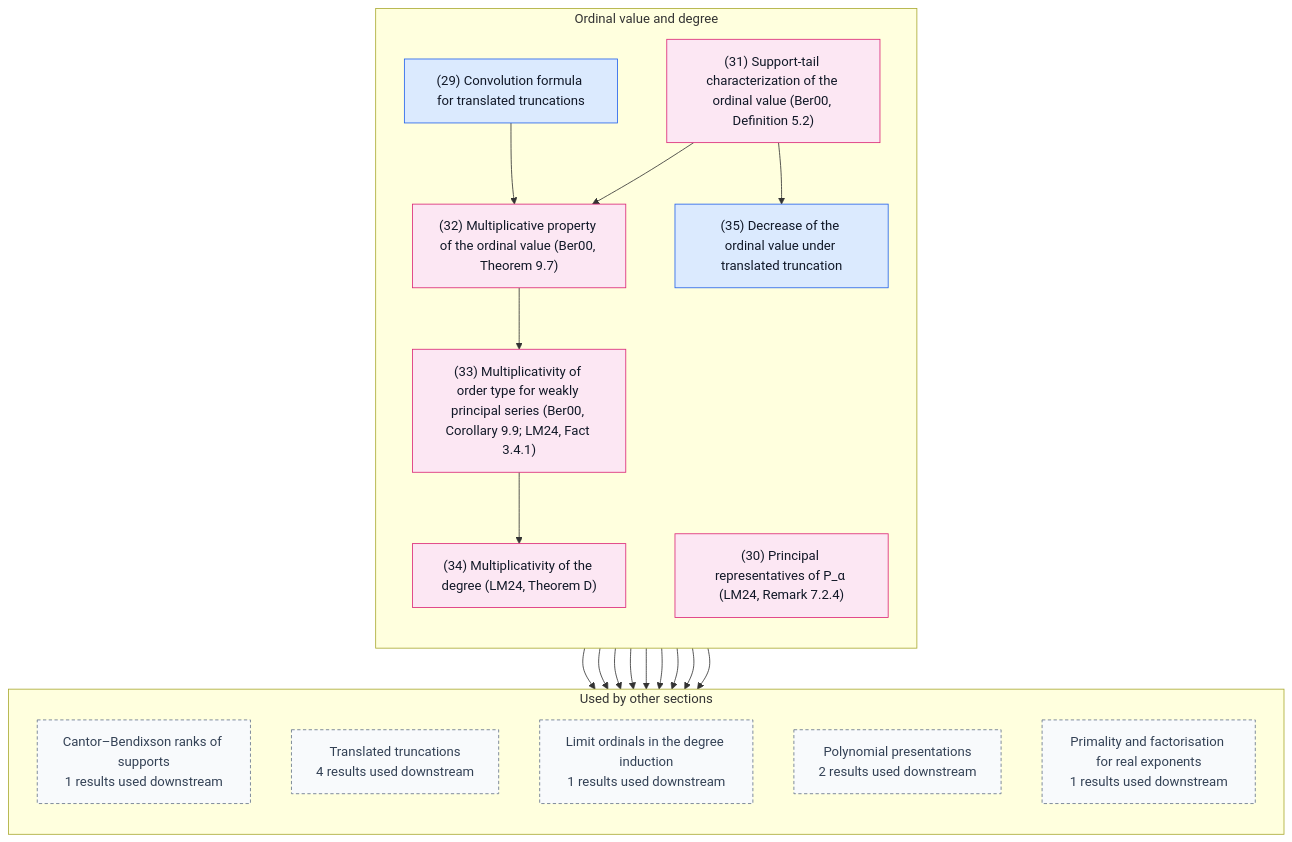
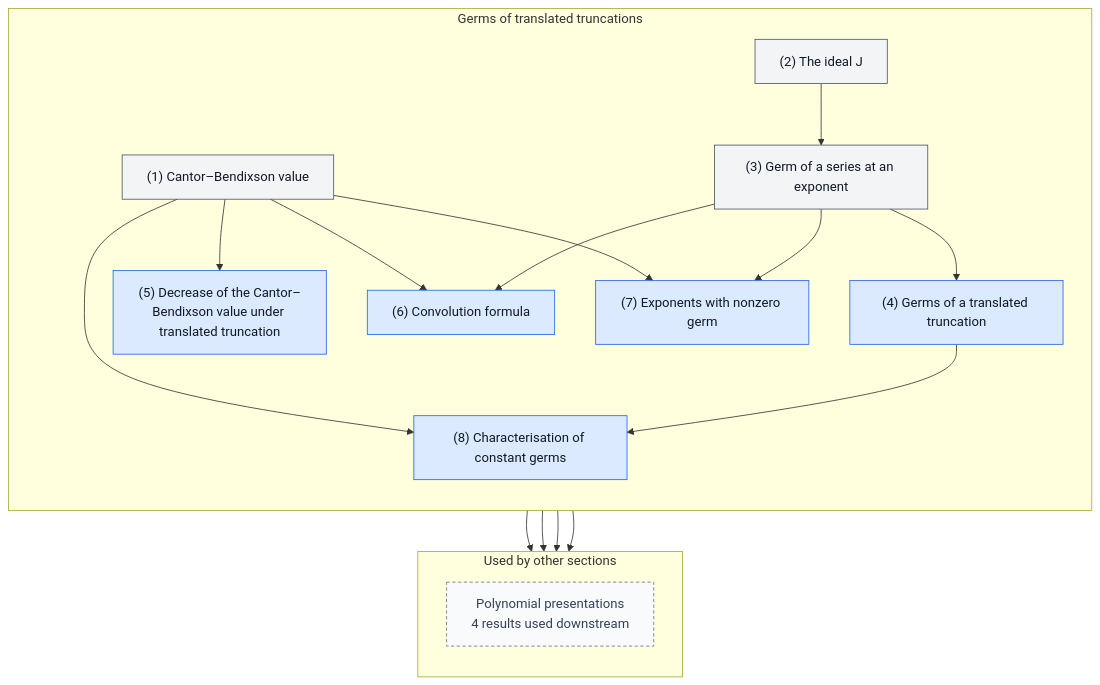
One commit to gaearon/conway-refinement changed the second of 5 diagrams in README.md. Above: the diagram before and after it, drawn with Mermaid. The commit also changed other lines of this file and 699 other files, not shown here.

````diff
--- a/README.md
+++ b/README.md
@@ -380,54 +191,51 @@
 ```mermaid
 %% Generated by scripts/blueprint.sh; do not edit.
 %% Other sections are compressed to boundary nodes.
 %% Solid arrows are proof dependencies; dashed arrows are statement dependencies.
 flowchart TB
-  subgraph current["Ordinal value and degree"]
+  subgraph current["Germs of translated truncations"]
     direction TB
-    n029["(29) Convolution formula for translated truncations"]:::lemma
-    n030["(30) Principal representatives of P_α (LM24, Remark 7.2.4)"]:::fact
-    n031["(31) Support-tail characterization of the ordinal value (Ber00, Definition 5.2)"]:::fact
-    n032["(32) Multiplicative property of the ordinal value (Ber00, Theorem 9.7)"]:::fact
-    n033["(33) Multiplicativity of order type for weakly principal series (Ber00, Corollary 9.9; LM24, Fact 3.4.1)"]:::fact
-    n034["(34) Multiplicativity of the degree (LM24, Theorem D)"]:::fact
-    n035["(35) Decrease of the ordinal value under translated truncation"]:::lemma
+    n001["(1) Cantor–Bendixson value"]:::definition
+    n002["(2) The ideal J"]:::definition
+    n003["(3) Germ of a series at an exponent"]:::definition
+    n004["(4) Germs of a translated truncation"]:::lemma
+    n005["(5) Decrease of the Cantor–Bendixson value under translated truncation"]:::lemma
+    n006["(6) Convolution formula"]:::lemma
+    n007["(7) Exponents with nonzero germ"]:::lemma
+    n008["(8) Characterisation of constant germs"]:::lemma
   end
   subgraph outputs["Used by other sections"]
     direction TB
-    out0["Cantor–Bendixson ranks of supports<br/>1 results used downstream"]:::boundary
-    out1["Translated truncations<br/>4 results used downstream"]:::boundary
-    out2["Limit ordinals in the degree induction<br/>1 results used downstream"]:::boundary
-    out3["Polynomial presentations<br/>2 results used downstream"]:::boundary
-    out4["Primality and factorisation for real exponents<br/>1 results used downstream"]:::boundary
+    out0["Polynomial presentations<br/>4 results used downstream"]:::boundary
   end
 
-  n029 --> n032
-  n031 --> n032
-  n032 --> n033
-  n033 --> n034
-  n031 --> n035
-  n031 --> out0
-  n031 --> out1
-  n035 --> out1
-  n030 --> out1
-  n029 --> out1
-  n031 --> out2
-  n030 --> out3
-  n034 --> out3
-  n032 --> out4
-  click n029 "https://gaearon.github.io/conway-refinement/#/result/convolution-formula" "Open the statement for lemma 29"
-  click n030 "https://gaearon.github.io/conway-refinement/#/result/principal-series-representatives" "Open the statement for fact 30"
-  click n031 "https://gaearon.github.io/conway-refinement/#/result/ordinal-value-support-tail" "Open the statement for fact 31"
-  click n032 "https://gaearon.github.io/conway-refinement/#/result/ordinal-value-multiplicativity" "Open the statement for fact 32"
-  click n033 "https://gaearon.github.io/conway-refinement/#/result/weakly-principal-order-type-multiplicativity" "Open the statement for fact 33"
-  click n034 "https://gaearon.github.io/conway-refinement/#/result/degree-multiplicativity" "Open the statement for fact 34"
-  click n035 "https://gaearon.github.io/conway-refinement/#/result/truncation-drop" "Open the statement for lemma 35"
+  n002 --> n003
+  n003 --> n004
+  n001 --> n005
+  n001 --> n006
+  n003 --> n006
+  n001 --> n007
+  n003 --> n007
+  n001 --> n008
+  n004 --> n008
+  n005 --> out0
+  n006 --> out0
+  n008 --> out0
+  n007 --> out0
+  click n001 "https://gaearon.github.io/conway-refinement/#/result/cantor-bendixson-value" "Open the statement for definition 1"
+  click n002 "https://gaearon.github.io/conway-refinement/#/result/bounded-away-ideal" "Open the statement for definition 2"
+  click n003 "https://gaearon.github.io/conway-refinement/#/result/germ-at" "Open the statement for definition 3"
+  click n004 "https://gaearon.github.io/conway-refinement/#/result/germs-of-translated-truncation" "Open the statement for lemma 4"
+  click n005 "https://gaearon.github.io/conway-refinement/#/result/cantor-bendixson-value-drop" "Open the statement for lemma 5"
+  click n006 "https://gaearon.github.io/conway-refinement/#/result/convolution-formula" "Open the statement for lemma 6"
+  click n007 "https://gaearon.github.io/conway-refinement/#/result/nonzero-germs" "Open the statement for lemma 7"
+  click n008 "https://gaearon.github.io/conway-refinement/#/result/constant-germs" "Open the statement for lemma 8"
 
   classDef theorem fill:#fff3bf,stroke:#e67700,stroke-width:2px,color:#111827
   classDef definition fill:#f3f4f6,stroke:#4b5563,color:#111827
   classDef lemma fill:#dbeafe,stroke:#2563eb,color:#111827
   classDef proposition fill:#ede9fe,stroke:#7c3aed,color:#111827
   classDef corollary fill:#dcfce7,stroke:#16a34a,color:#111827
   classDef fact fill:#fce7f3,stroke:#db2777,color:#111827
   classDef boundary fill:#f8fafc,stroke:#64748b,stroke-dasharray:4 3,color:#334155
 ```
````
